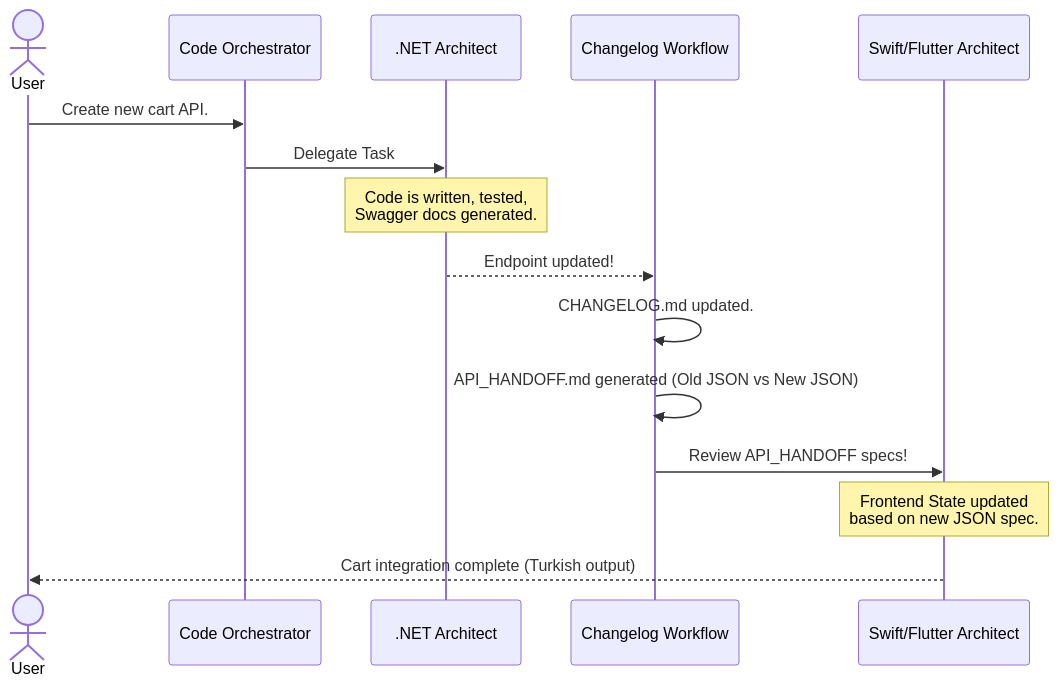
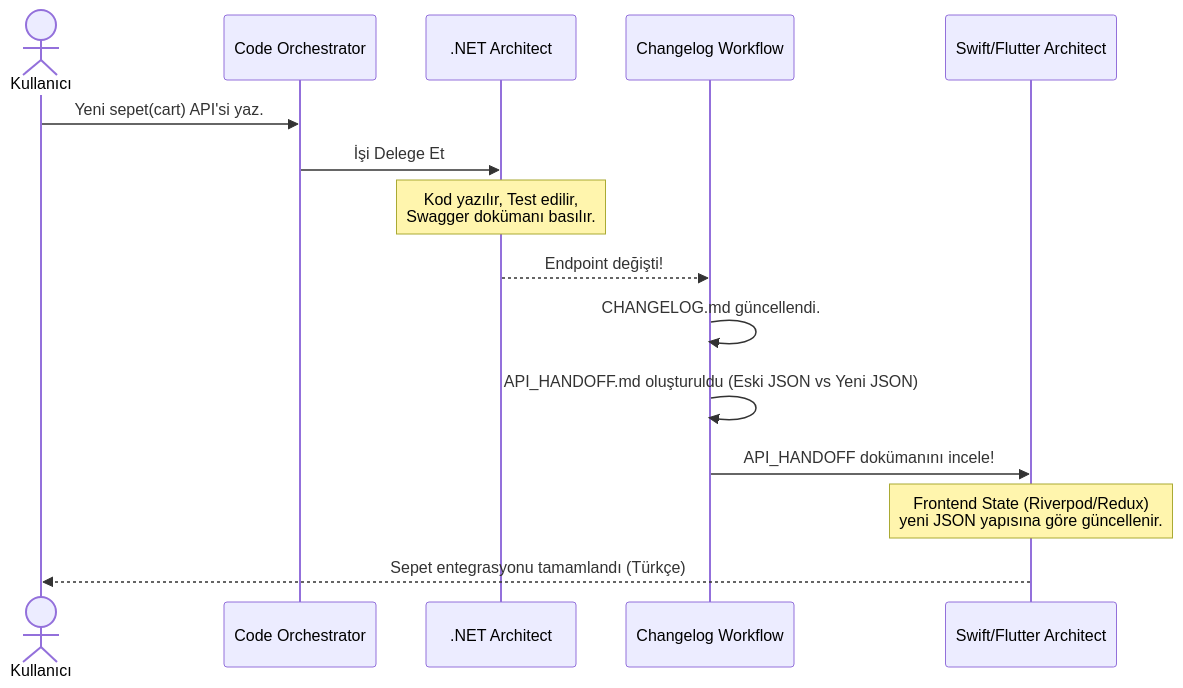
One commit to GktuOktay/ai-skills changed the diagram in docs/en/WORKFLOWS.md. Above: the diagram before and after it, drawn with Mermaid. The commit also changed other lines of this file and 5 other files, not shown here.

````diff
--- a/docs/en/WORKFLOWS.md
+++ b/docs/en/WORKFLOWS.md
@@ -12,23 +14,23 @@
 ```mermaid
 sequenceDiagram
-    actor User as User
+    actor User as Kullanıcı
     participant CTO as Code Orchestrator
     participant BE as .NET Architect
     participant Tracker as Changelog Workflow
     participant FE as Swift/Flutter Architect
     
-    User->>CTO: Create new cart API.
-    CTO->>BE: Delegate Task
+    User->>CTO: Yeni sepet(cart) API'si yaz.
+    CTO->>BE: İşi Delege Et
     
-    Note over BE: Code is written, tested,<br/>Swagger docs generated.
+    Note over BE: Kod yazılır, Test edilir,<br/>Swagger dokümanı basılır.
     
-    BE-->>Tracker: Endpoint updated!
-    Tracker->>Tracker: CHANGELOG.md updated.
-    Tracker->>Tracker: API_HANDOFF.md generated (Old JSON vs New JSON)
+    BE-->>Tracker: Endpoint değişti!
+    Tracker->>Tracker: CHANGELOG.md güncellendi.
+    Tracker->>Tracker: API_HANDOFF.md oluşturuldu (Eski JSON vs Yeni JSON)
     
-    Tracker->>FE: Review API_HANDOFF specs!
+    Tracker->>FE: API_HANDOFF dokümanını incele!
     
-    Note over FE: Frontend State updated<br/>based on new JSON spec.
+    Note over FE: Frontend State (Riverpod/Redux)<br/>yeni JSON yapısına göre güncellenir.
     
-    FE-->>User: Cart integration complete (Turkish output)
+    FE-->>User: Sepet entegrasyonu tamamlandı (Türkçe)
 ```
````
